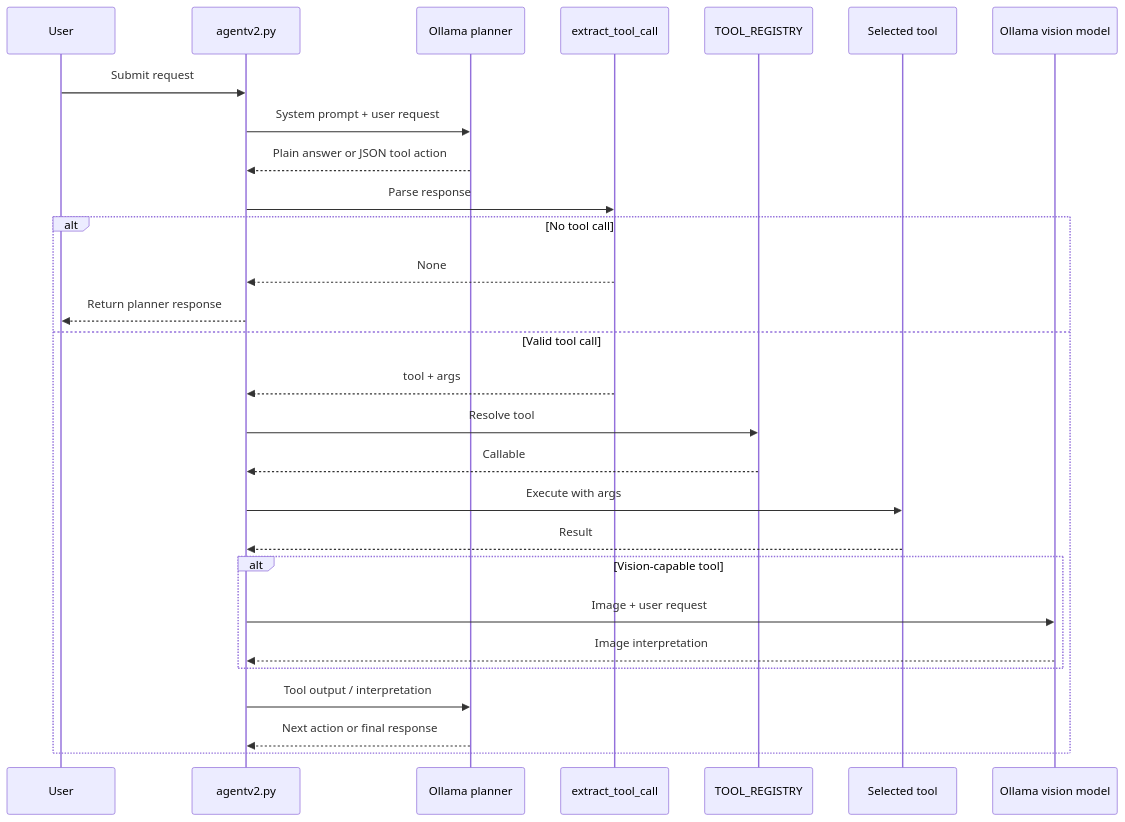
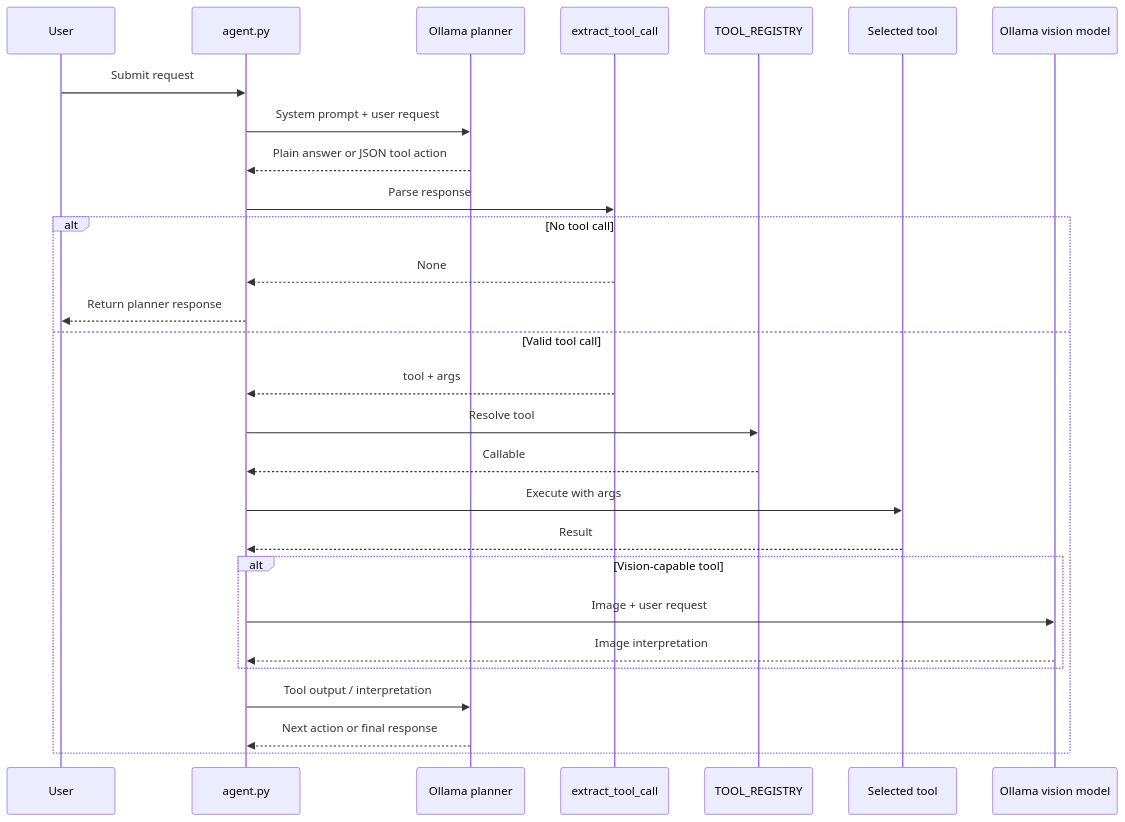
One commit to eigenlambda123/AIgen changed the second of 13 diagrams in ARCHITECTURE.md. Above: the diagram before and after it, drawn with Mermaid. The commit also changed other lines of this file and 6 other files, not shown here.

````diff
--- a/ARCHITECTURE.md
+++ b/ARCHITECTURE.md
@@ -42,31 +42,31 @@
 ```mermaid
 sequenceDiagram
     participant User
-    participant Agent as agentv2.py
+    participant Agent as agent.py
     participant Planner as Ollama planner
     participant Parser as extract_tool_call
     participant Registry as TOOL_REGISTRY
     participant Tool as Selected tool
     participant Vision as Ollama vision model
 
     User->>Agent: Submit request
     Agent->>Planner: System prompt + user request
     Planner-->>Agent: Plain answer or JSON tool action
     Agent->>Parser: Parse response
     alt No tool call
         Parser-->>Agent: None
         Agent-->>User: Return planner response
     else Valid tool call
         Parser-->>Agent: tool + args
         Agent->>Registry: Resolve tool
         Registry-->>Agent: Callable
         Agent->>Tool: Execute with args
         Tool-->>Agent: Result
         alt Vision-capable tool
             Agent->>Vision: Image + user request
             Vision-->>Agent: Image interpretation
         end
         Agent->>Planner: Tool output / interpretation
         Planner-->>Agent: Next action or final response
     end
 ```
````
